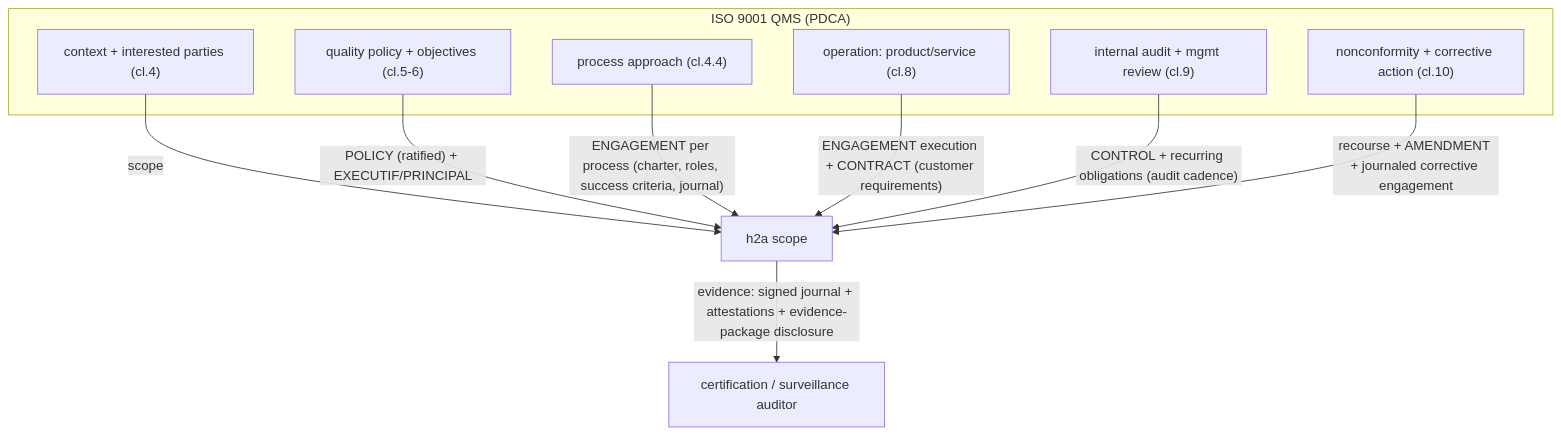
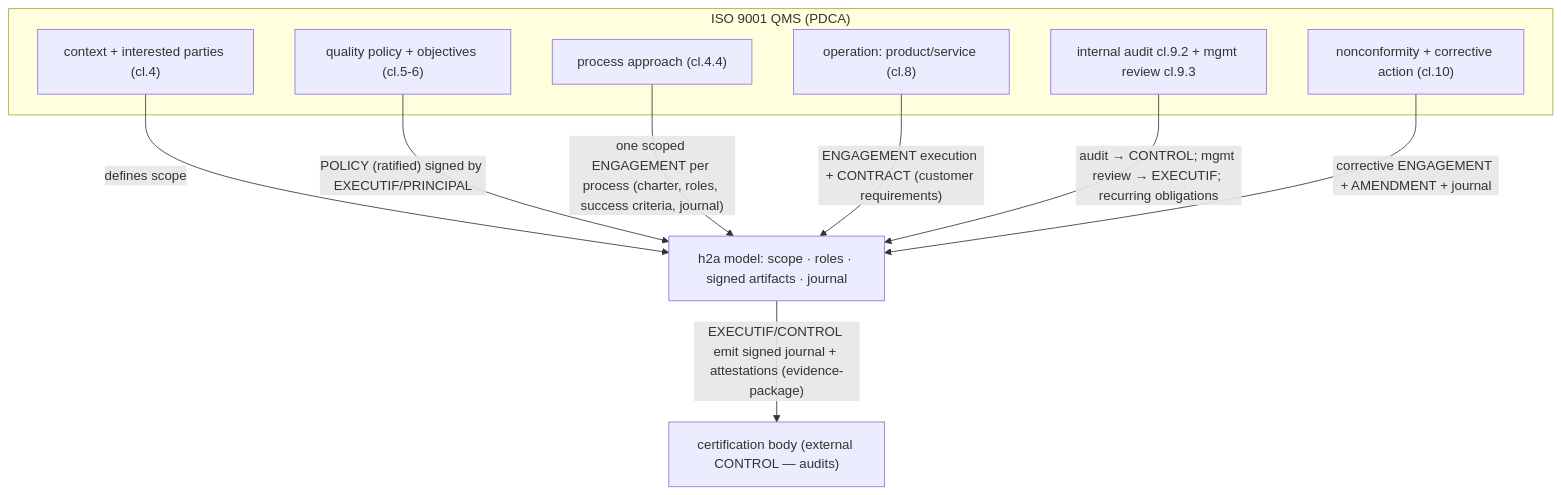
The diagram in evaluations/iso-9001.md (rhanka/h2a), drawn with Mermaid before and after one commit. The commit also changed other lines of this file and 6 other files, not shown here.

````diff
--- a/evaluations/iso-9001.md
+++ b/evaluations/iso-9001.md
@@ -11,18 +11,18 @@
 ```mermaid
 flowchart TB
   subgraph QMS["ISO 9001 QMS (PDCA)"]
     CTX["context + interested parties (cl.4)"]
     QP["quality policy + objectives (cl.5-6)"]
     PR["process approach (cl.4.4)"]
     OP["operation: product/service (cl.8)"]
-    IA["internal audit + mgmt review (cl.9)"]
+    IA["internal audit cl.9.2 + mgmt review cl.9.3"]
     NC["nonconformity + corrective action (cl.10)"]
   end
-  CTX -->|"scope"| H["h2a scope"]
-  QP -->|"POLICY (ratified) + EXECUTIF/PRINCIPAL"| H
-  PR -->|"ENGAGEMENT per process (charter, roles, success criteria, journal)"| H
+  CTX -->|"defines scope"| H["h2a model: scope · roles · signed artifacts · journal"]
+  QP -->|"POLICY (ratified) signed by EXECUTIF/PRINCIPAL"| H
+  PR -->|"one scoped ENGAGEMENT per process (charter, roles, success criteria, journal)"| H
   OP -->|"ENGAGEMENT execution + CONTRACT (customer requirements)"| H
-  IA -->|"CONTROL + recurring obligations (audit cadence)"| H
-  NC -->|"recourse + AMENDMENT + journaled corrective engagement"| H
-  H -->|"evidence: signed journal + attestations + evidence-package disclosure"| AUD["certification / surveillance auditor"]
+  IA -->|"audit → CONTROL; mgmt review → EXECUTIF; recurring obligations"| H
+  NC -->|"corrective ENGAGEMENT + AMENDMENT + journal"| H
+  H -->|"EXECUTIF/CONTROL emit signed journal + attestations (evidence-package)"| AUD["certification body (external CONTROL — audits)"]
 ```
````
